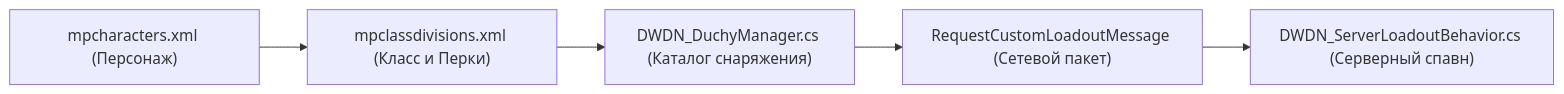
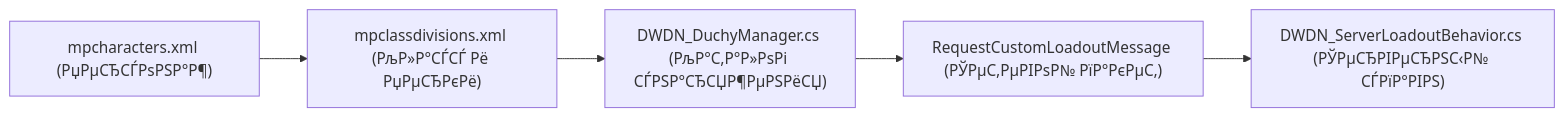
One commit to Havi-Dorgeir/DWDN_Module changed the fourth of 5 diagrams in AI_MODDING_GUIDE.md. Above: the diagram before and after it, drawn with Mermaid. The commit also changed other lines of this file and 49 other files, not shown here.

````diff
--- a/AI_MODDING_GUIDE.md
+++ b/AI_MODDING_GUIDE.md
@@ -258,7 +258,7 @@
 ```mermaid
 flowchart LR
-    A["mpcharacters.xml (Персонаж)"] --> B["mpclassdivisions.xml (Класс и Перки)"]
-    B --> C["DWDN_DuchyManager.cs (Каталог снаряжения)"]
-    C --> D["RequestCustomLoadoutMessage (Сетевой пакет)"]
-    D --> E["DWDN_ServerLoadoutBehavior.cs (Серверный спавн)"]
+    A["mpcharacters.xml (РџРµСЂСЃРѕРЅР°Р¶)"] --> B["mpclassdivisions.xml (РљР»Р°СЃСЃ Рё РџРµСЂРєРё)"]
+    B --> C["DWDN_DuchyManager.cs (РљР°С‚Р°Р»РѕРі СЃРЅР°СЂСЏР¶РµРЅРёСЏ)"]
+    C --> D["RequestCustomLoadoutMessage (РЎРµС‚РµРІРѕР№ РїР°РєРµС‚)"]
+    D --> E["DWDN_ServerLoadoutBehavior.cs (РЎРµСЂРІРµСЂРЅС‹Р№ СЃРїР°РІРЅ)"]
 ```
````
